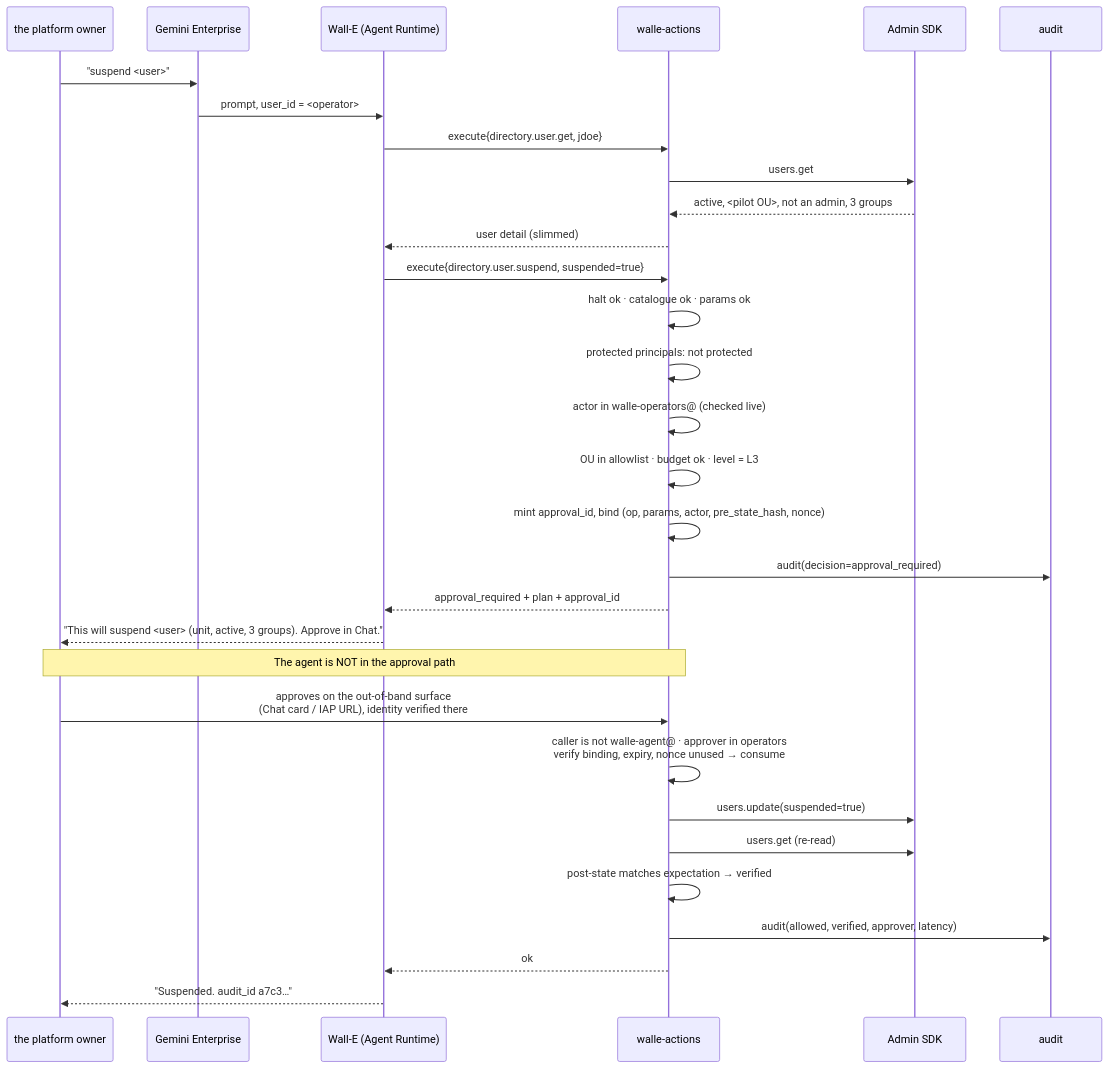
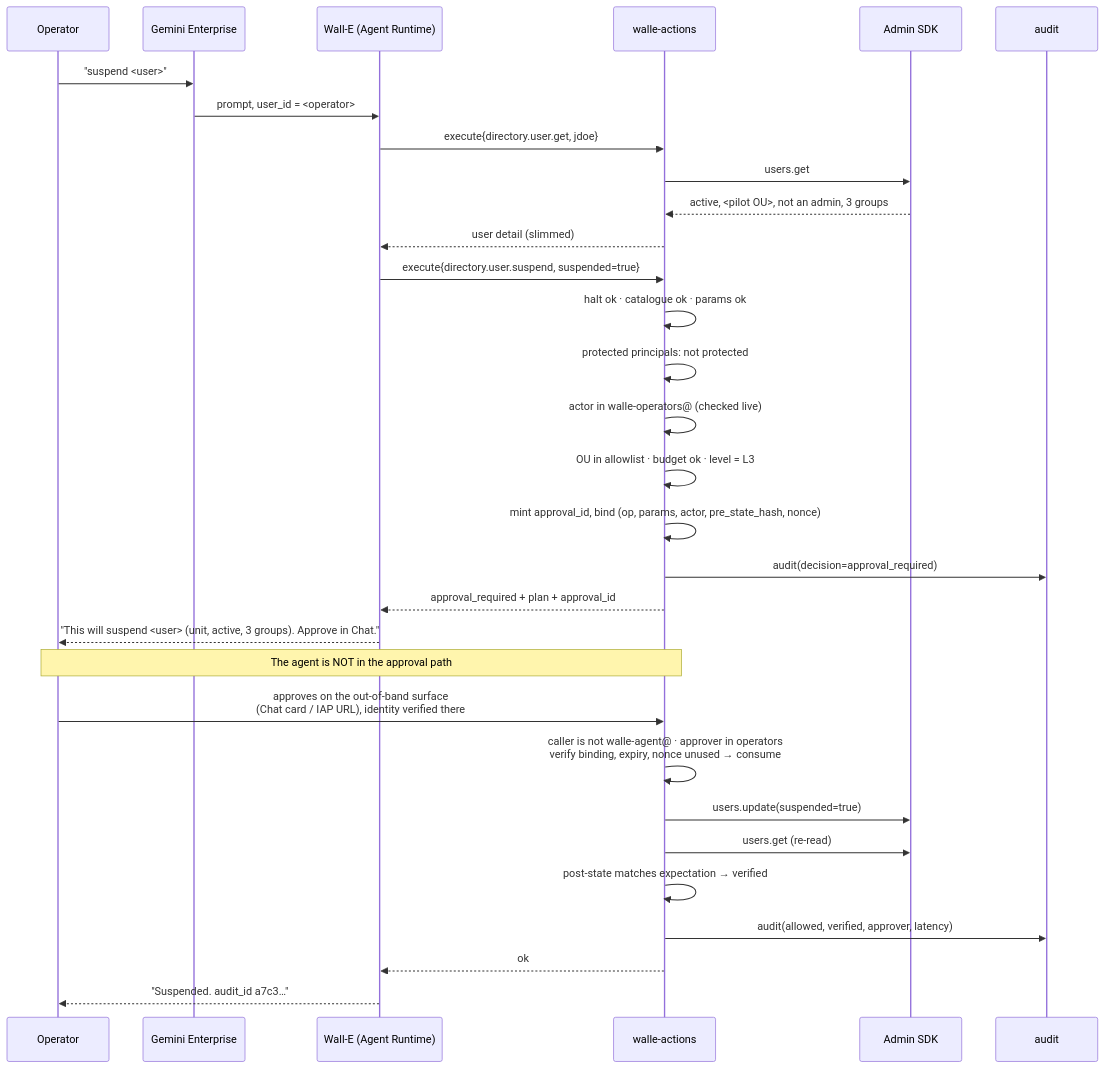
One commit to jsbdfgidsfg/agentic-platform changed the first of 2 diagrams in platform/wall-e/04-flows.md. Above: the diagram before and after it, drawn with Mermaid. The commit also changed other lines of this file and 15 other files, not shown here.

````diff
--- a/platform/wall-e/04-flows.md
+++ b/platform/wall-e/04-flows.md
@@ -14,34 +14,34 @@
 ```mermaid
 sequenceDiagram
-    participant U as the platform owner
+    participant U as Operator
     participant GE as Gemini Enterprise
     participant AG as Wall-E (Agent Runtime)
     participant CR as walle-actions
     participant AD as Admin SDK
     participant BQ as audit
 
     U->>GE: "suspend <user>"
     GE->>AG: prompt, user_id = <operator>
     AG->>CR: execute{directory.user.get, jdoe}
     CR->>AD: users.get
     AD-->>CR: active, <pilot OU>, not an admin, 3 groups
     CR-->>AG: user detail (slimmed)
     AG->>CR: execute{directory.user.suspend, suspended=true}
     CR->>CR: halt ok · catalogue ok · params ok
     CR->>CR: protected principals: not protected
     CR->>CR: actor in walle-operators@ (checked live)
     CR->>CR: OU in allowlist · budget ok · level = L3
     CR->>CR: mint approval_id, bind (op, params, actor, pre_state_hash, nonce)
     CR->>BQ: audit(decision=approval_required)
     CR-->>AG: approval_required + plan + approval_id
     AG-->>U: "This will suspend <user> (unit, active, 3 groups). Approve in Chat."
     Note over U,CR: The agent is NOT in the approval path
     U->>CR: approves on the out-of-band surface<br/>(Chat card / IAP URL), identity verified there
     CR->>CR: caller is not walle-agent@ · approver in operators<br/>verify binding, expiry, nonce unused → consume
     CR->>AD: users.update(suspended=true)
     CR->>AD: users.get  (re-read)
     CR->>CR: post-state matches expectation → verified
     CR->>BQ: audit(allowed, verified, approver, latency)
     CR-->>AG: ok
     AG-->>U: "Suspended. audit_id a7c3…"
 ```
````
